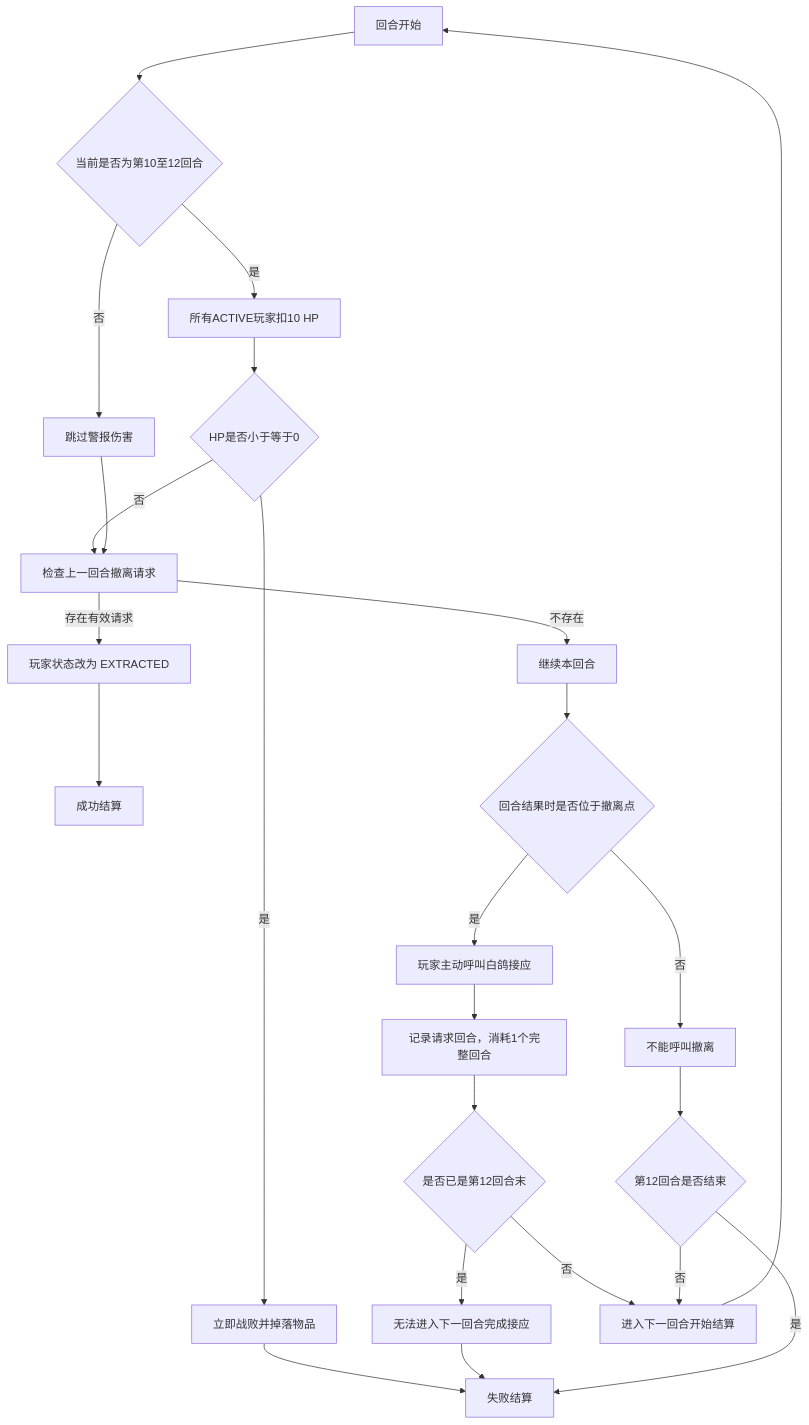
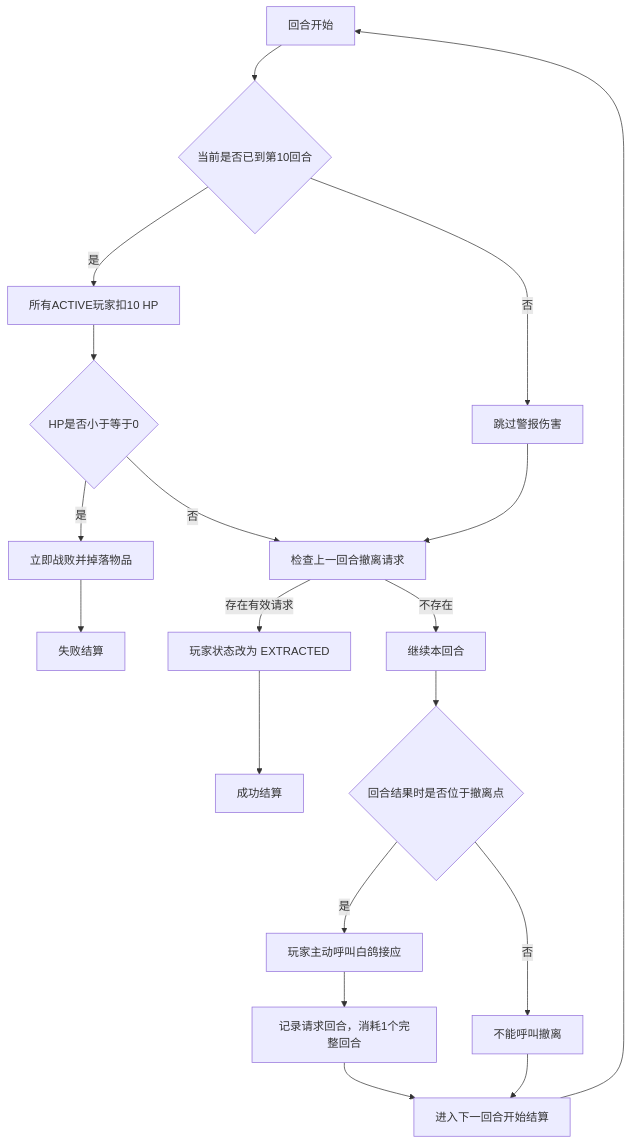
One commit to Yeungsam/heisino-game changed the tenth of 10 diagrams in docs/游戏产品流程图.md. Above: the diagram before and after it, drawn with Mermaid. The commit also changed other lines of this file and 11 other files, not shown here.

````diff
--- a/docs/游戏产品流程图.md
+++ b/docs/游戏产品流程图.md
@@ -374,22 +371,18 @@
 ```mermaid
 flowchart TD
-    A["回合开始"] --> B{"当前是否为第10至12回合"}
+    A["回合开始"] --> B{"当前是否已到第10回合"}
     B -- "否" --> C["跳过警报伤害"]
     B -- "是" --> D["所有ACTIVE玩家扣10 HP"]
     D --> E{"HP是否小于等于0"}
     E -- "是" --> F["立即战败并掉落物品"] --> Z["失败结算"]
     E -- "否" --> G["检查上一回合撤离请求"]
     C --> G
     G -- "存在有效请求" --> H["玩家状态改为 EXTRACTED"] --> Y["成功结算"]
     G -- "不存在" --> I["继续本回合"]
     I --> J{"回合结果时是否位于撤离点"}
     J -- "否" --> K["不能呼叫撤离"]
     J -- "是" --> L["玩家主动呼叫白鸽接应"]
     L --> M["记录请求回合，消耗1个完整回合"]
-    M --> N{"是否已是第12回合末"}
-    N -- "是" --> O["无法进入下一回合完成接应"] --> Z
-    N -- "否" --> P["进入下一回合开始结算"] --> A
-    K --> Q{"第12回合是否结束"}
-    Q -- "是" --> Z
-    Q -- "否" --> P
+    M --> P["进入下一回合开始结算"] --> A
+    K --> P
 ```
````
